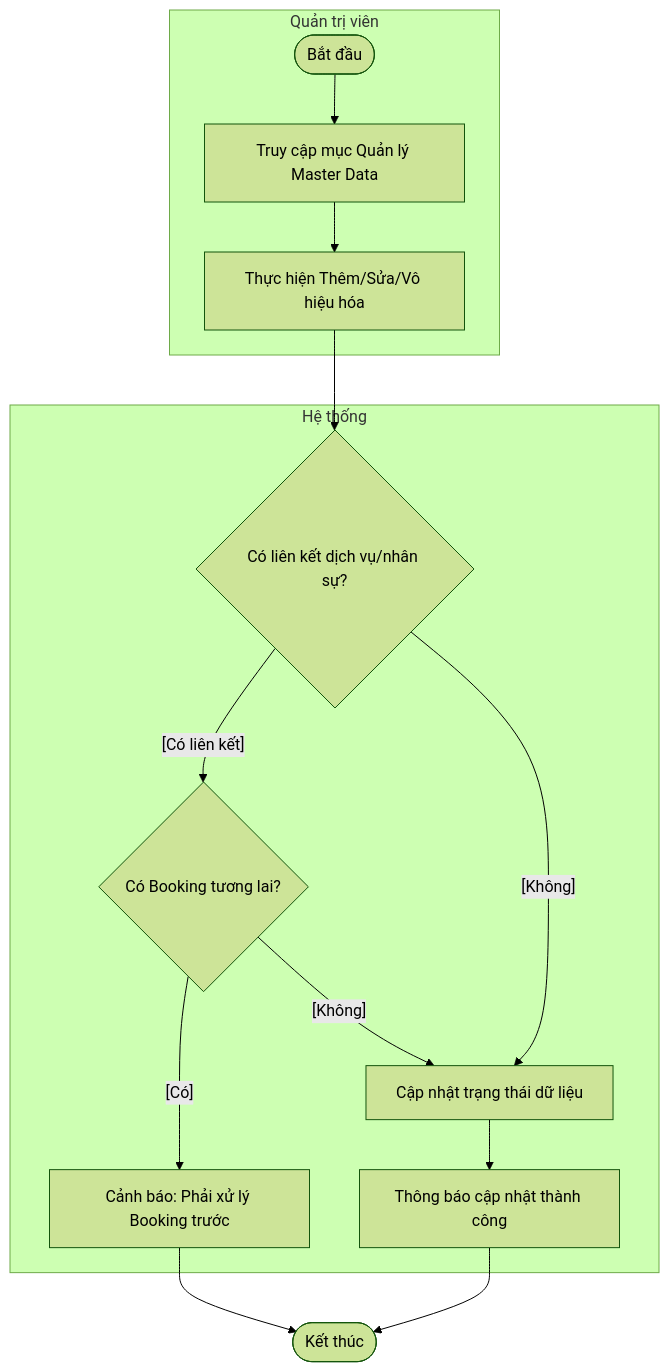
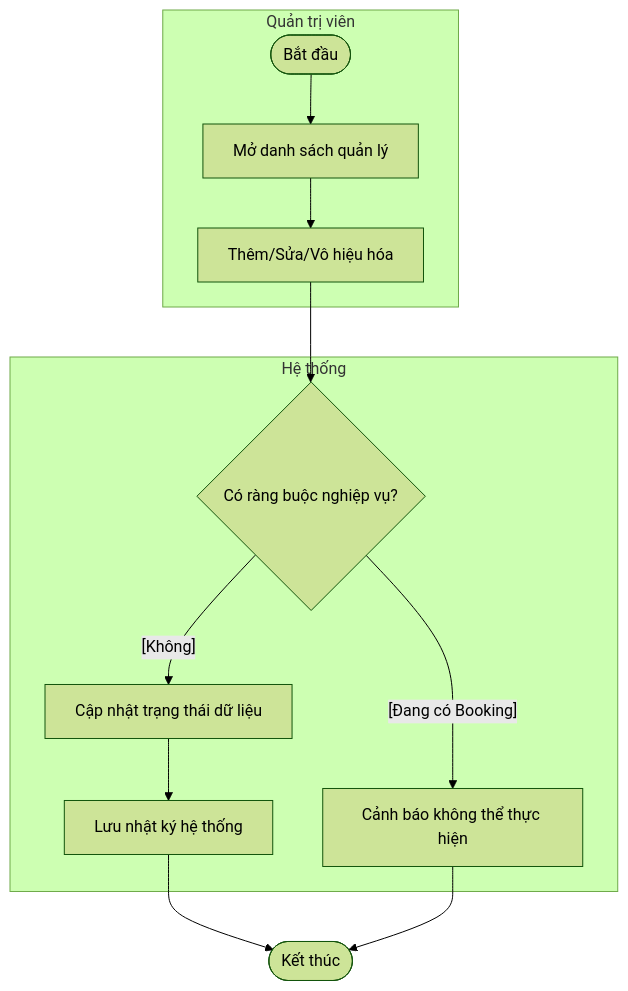
The tenth of 10 diagrams in docs/design/activity_diagrams.md (ngoctinn/Synapse), drawn with Mermaid (forest theme) before and after one commit. The commit also changed other lines of this file and 6 other files, not shown here.

Commit message:
docs: Add initial design documentation covering use cases, data specifications, and various system diagrams.

````diff
--- a/docs/design/activity_diagrams.md
+++ b/docs/design/activity_diagrams.md
@@ -266,22 +291,19 @@
 ```mermaid
 flowchart TD
     subgraph QuanTri ["Quản trị viên"]
-        Start([Bắt đầu]) --> Manage[Truy cập mục Quản lý Master Data]
-        Manage --> ExecuteAction[Thực hiện Thêm/Sửa/Vô hiệu hóa]
+        Start([Bắt đầu]) --> MasterList[Mở danh sách quản lý]
+        MasterList --> ExecuteAction[Thêm/Sửa/Vô hiệu hóa]
     end
 
     subgraph HeThong ["Hệ thống"]
-        ExecuteAction --> RelationCheck{Có liên kết dịch vụ/nhân sự?}
+        ExecuteAction --> Dependencies{Có ràng buộc nghiệp vụ?}
 
-        RelationCheck -- "[Có liên kết]" --> HardConstraint{Có Booking tương lai?}
-        HardConstraint -- "[Có]" --> Block[Cảnh báo: Phải xử lý Booking trước]
-        HardConstraint -- "[Không]" --> ProcessUpdate[Cập nhật trạng thái dữ liệu]
+        Dependencies -- "[Đang có Booking]" --> Blocked[Cảnh báo không thể thực hiện]
+        Dependencies -- "[Không]" --> UpdateSuccess[Cập nhật trạng thái dữ liệu]
 
-        RelationCheck -- "[Không]" --> ProcessUpdate
-
-        ProcessUpdate --> NotifyChange[Thông báo cập nhật thành công]
+        UpdateSuccess --> LogSys[Lưu nhật ký hệ thống]
     end
 
-    NotifyChange --> End([Kết thúc])
-    Block --> End
+    LogSys --> End([Kết thúc])
+    Blocked --> End
 ```
````
